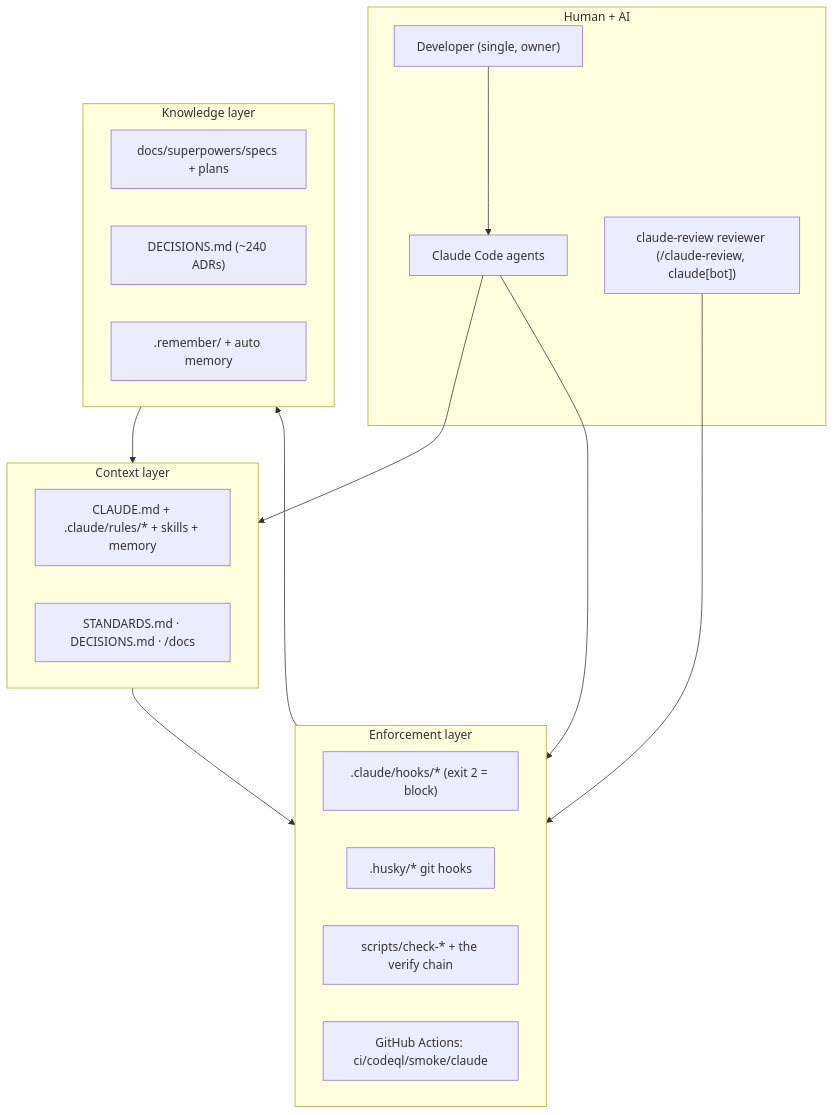
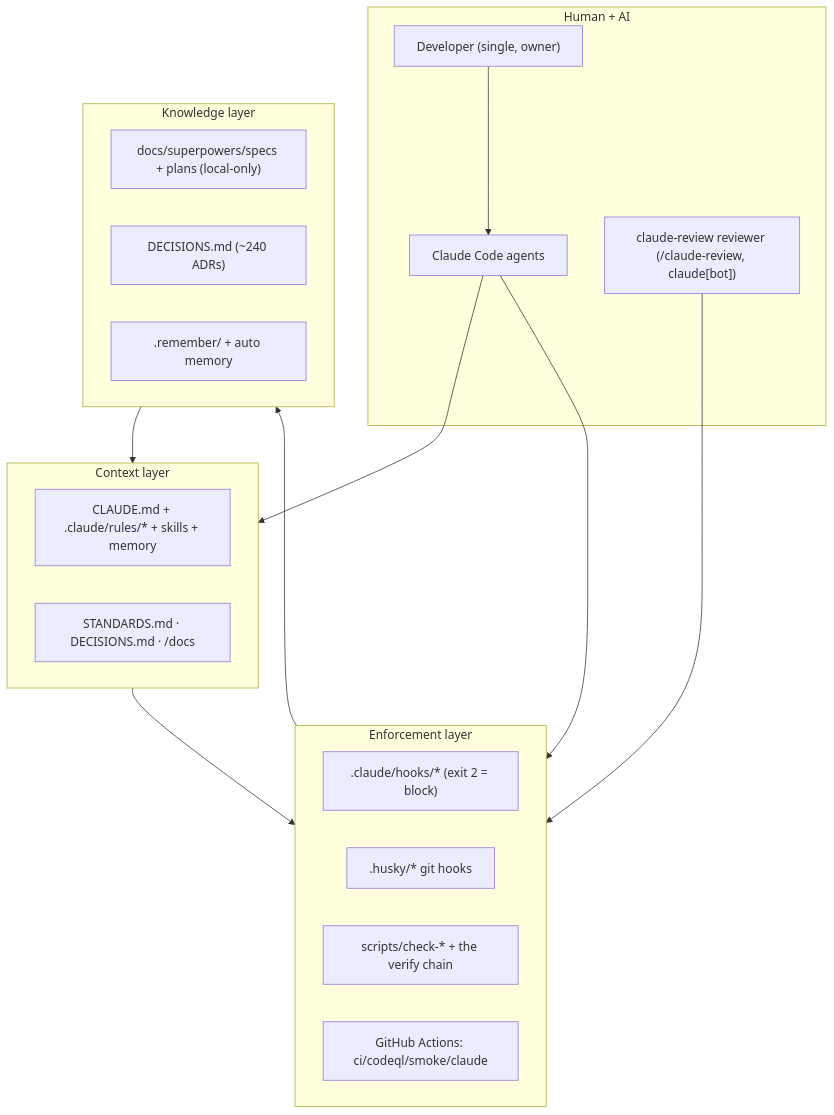
Before and after one commit to erikunha/portfolio: the diagram in docs/handbook/README.md, drawn with Mermaid. The commit also changed 146 other files, not shown here.

````diff
--- a/docs/handbook/README.md
+++ b/docs/handbook/README.md
@@ -33,30 +33,30 @@
 ```mermaid
 flowchart TB
     subgraph people["Human + AI"]
         dev["Developer (single, owner)"]
         claude["Claude Code agents"]
         claudereview["claude-review reviewer (/claude-review, claude[bot])"]
     end
     subgraph context["Context layer"]
         cl["CLAUDE.md + .claude/rules/* + skills + memory"]
         docs["STANDARDS.md · DECISIONS.md · /docs"]
     end
     subgraph enforce["Enforcement layer"]
         hooks[".claude/hooks/* (exit 2 = block)"]
         husky[".husky/* git hooks"]
         gates["scripts/check-* + the verify chain"]
         ci["GitHub Actions: ci/codeql/smoke/claude"]
     end
     subgraph knowledge["Knowledge layer"]
-        specs["docs/superpowers/specs + plans"]
+        specs["docs/superpowers/specs + plans (local-only)"]
         adr["DECISIONS.md (~240 ADRs)"]
         mem[".remember/ + auto memory"]
     end
     dev --> claude
     claude --> context
     context --> enforce
     claude --> enforce
     claudereview --> enforce
     enforce --> knowledge
     knowledge --> context
 ```
````
